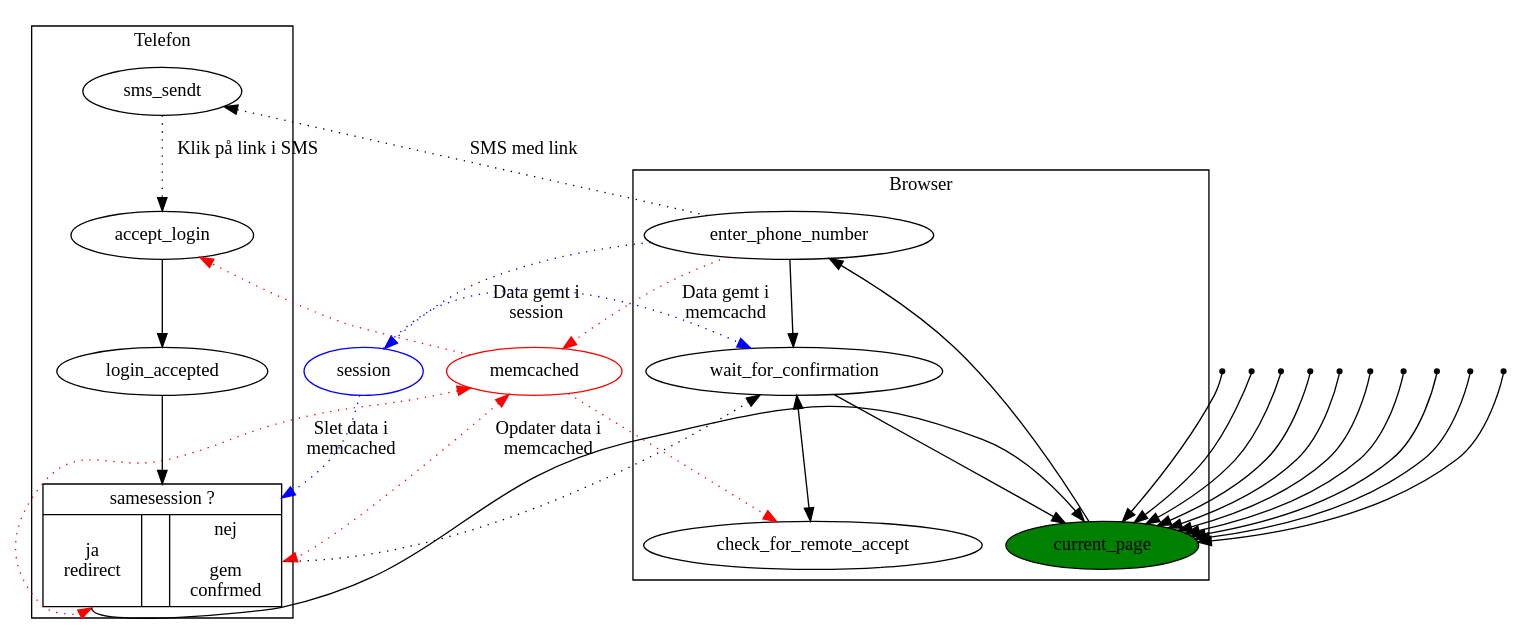
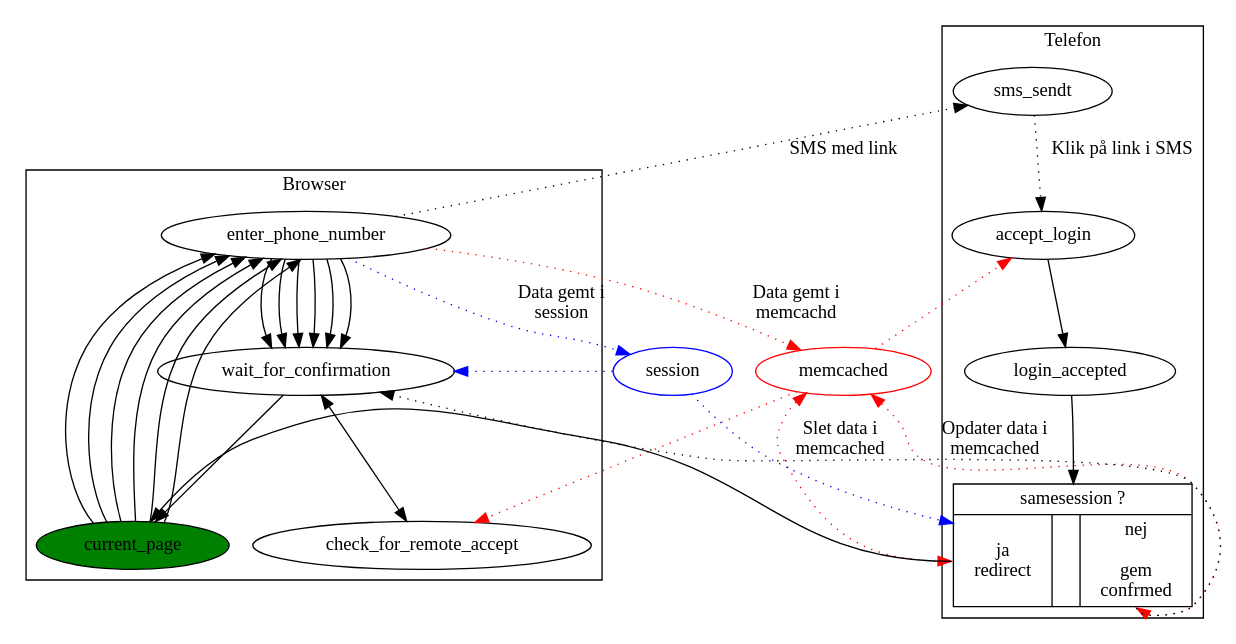
Before and after one commit to alslug/alslug.dk: the diagram in projekter/sms-login.dot, drawn with Graphviz.

```diff
--- a/projekter/sms-login.dot
+++ b/projekter/sms-login.dot
@@ -1,50 +1,51 @@
 digraph xxx {
   {
     edge [ color=red style=dotted ];
 ////////////////////////////////////////////////////////////////////////////////////////////
     enter_phone_number -> memcached [ label="Data gemt i \nmemcachd"]; /////
                           memcached [ color = red ];
                           memcached -> check_for_remote_accept;
                           memcached -> accept_login;
                           memcached -> same_session:ja [ label = "Slet data i \nmemcached" dir=both ];
                           memcached -> same_session:nej [ label = "Opdater data i \nmemcached" dir=both ];
 ////////////////////////////////////////////////////////////////////////////////////////////
   }
   {
     edge [ color=blue style=dotted ];
 ////////////////////////////////////////////////////////////////////////////////////////////
         enter_phone_number -> session [ label="Data gemt i \nsession"];    /////
                               session [ color = blue ];
                               session -> wait_for_confirmation;
                               session -> same_session;
 ////////////////////////////////////////////////////////////////////////////////////////////
   }
   subgraph cluster_browser {
     label = "Browser";
 
     current_page [ style=filled fillcolor=green ];
     current_page ->
           enter_phone_number ->
                 wait_for_confirmation ->
                       current_page;
                 wait_for_confirmation ->
                       check_for_remote_accept [ dir=both ];
-  }
-  {
-    node [ shape=point ];
-    {1,2,3,4,5,6,7,8,9,0} -> current_page;
+    current_page -> enter_phone_number -> wait_for_confirmation;
+    current_page -> enter_phone_number -> wait_for_confirmation;
+    current_page -> enter_phone_number -> wait_for_confirmation;
+    current_page -> enter_phone_number -> wait_for_confirmation;
+    current_page -> enter_phone_number -> wait_for_confirmation;
   }
   subgraph cluster_telefon {
     label = "Telefon";
     same_session [ shape=record label="{samesession ?|{<ja> ja\nredirect| &nbsp; |<nej> nej\n\ngem\nconfrmed}}" ];
     sms_sendt ->
           accept_login [ style=dotted label="Klik på link i SMS" ];
           accept_login ->
                 login_accepted->
                       same_session;
                       same_session:ja -> current_page;
                       same_session:nej -> wait_for_confirmation [ style=dotted ];
   }
   
   enter_phone_number -> sms_sendt [ style= dotted label="SMS med link"];
 }
```
